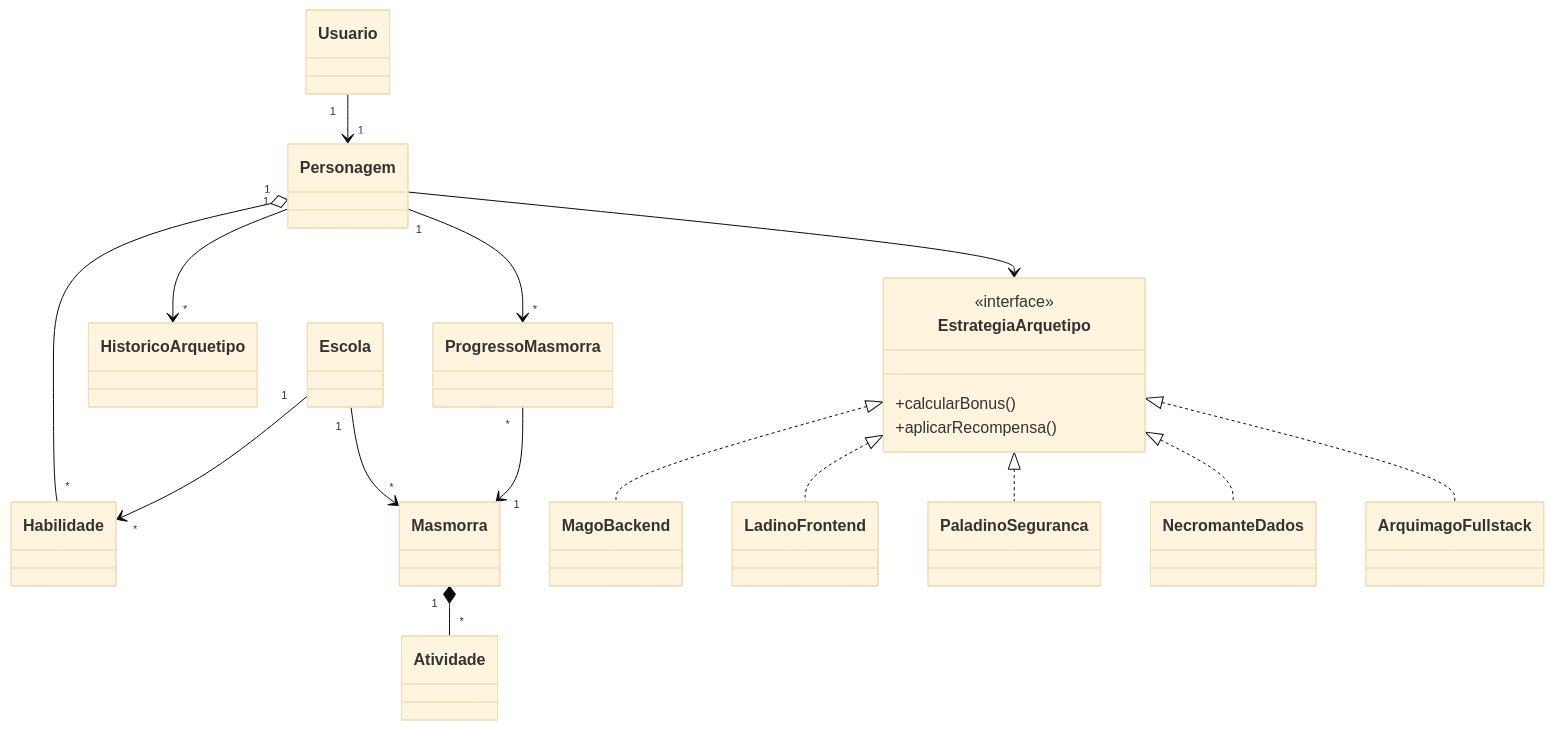
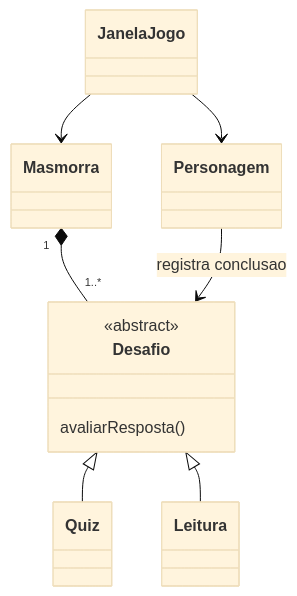
Before and after one commit to patrick-git-bite/CodeQuest: the diagram in docs/modelo-dominio.md, drawn with Mermaid (base theme). The commit also changed other lines of this file and 19 other files, not shown here.

````diff
--- a/docs/modelo-dominio.md
+++ b/docs/modelo-dominio.md
@@ -16,24 +18,13 @@
 ```mermaid
 classDiagram
-    Usuario "1" --> "1" Personagem
-    Personagem "1" o-- "*" Habilidade
-    Personagem "1" --> "*" ProgressoMasmorra
-    Personagem "1" --> "*" HistoricoArquetipo
-    Personagem --> EstrategiaArquetipo
-    Escola "1" --> "*" Masmorra
-    Escola "1" --> "*" Habilidade
-    Masmorra "1" *-- "*" Atividade
-    ProgressoMasmorra "*" --> "1" Masmorra
-
-    class EstrategiaArquetipo {
-        <<interface>>
-        +calcularBonus()
-        +aplicarRecompensa()
+    JanelaJogo --> Personagem
+    JanelaJogo --> Masmorra
+    Masmorra "1" *-- "1..*" Desafio
+    Personagem --> Desafio : registra conclusao
+    class Desafio {
+        <<abstract>>
+        avaliarResposta()
     }
-
-    EstrategiaArquetipo <|.. MagoBackend
-    EstrategiaArquetipo <|.. LadinoFrontend
-    EstrategiaArquetipo <|.. PaladinoSeguranca
-    EstrategiaArquetipo <|.. NecromanteDados
-    EstrategiaArquetipo <|.. ArquimagoFullstack
+    Desafio <|-- Quiz
+    Desafio <|-- Leitura
 ```
````
